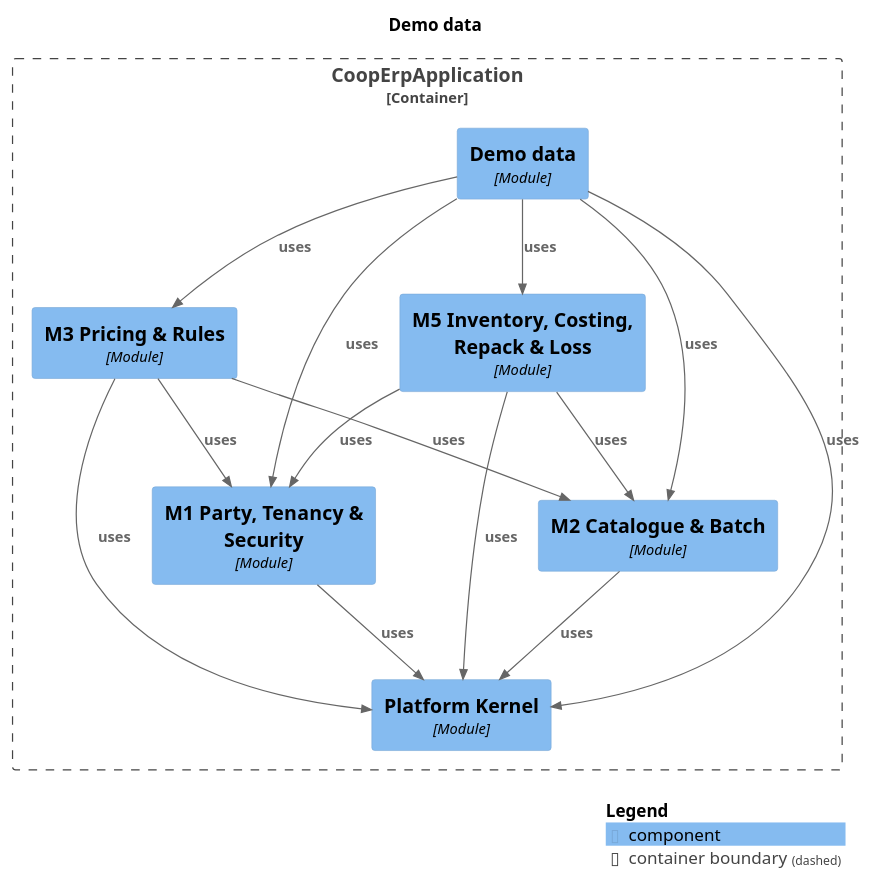
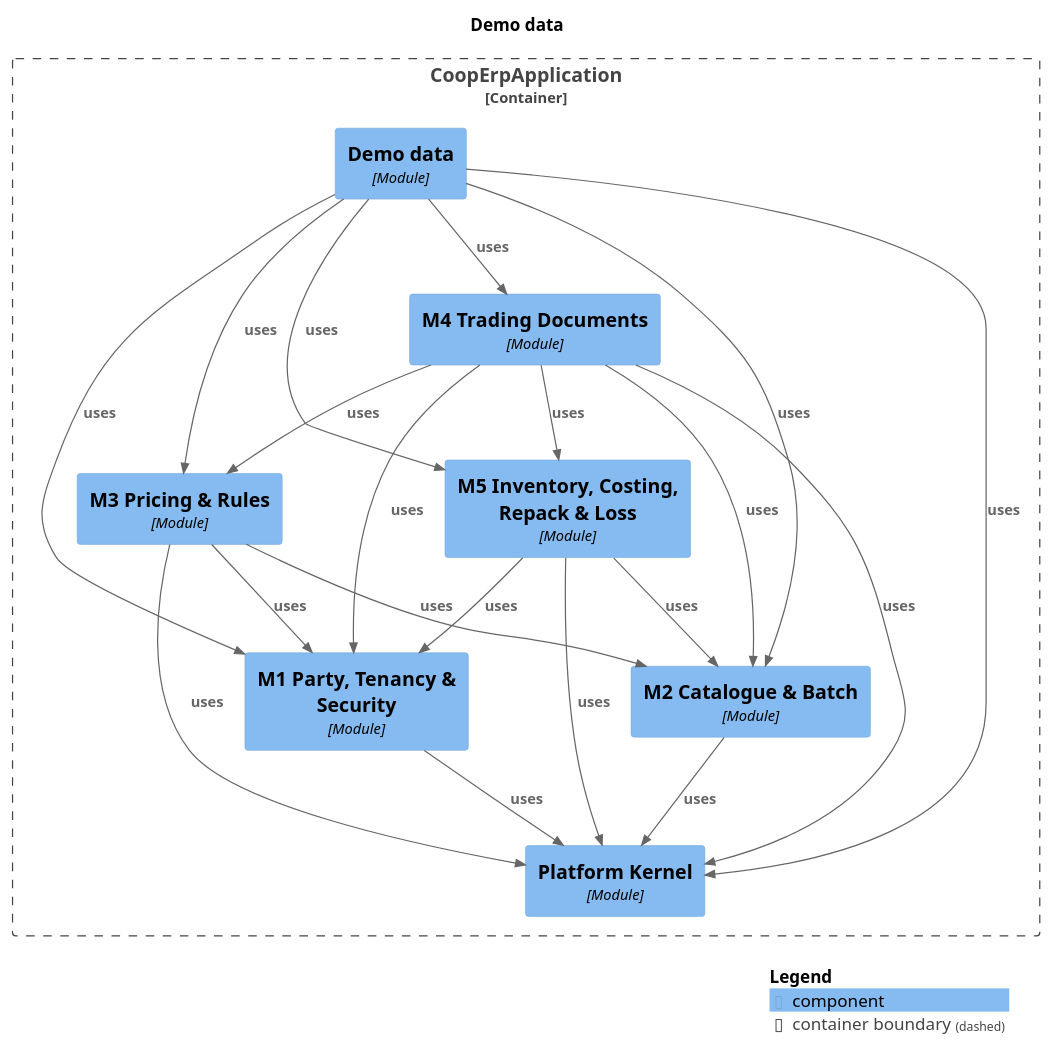
Before and after one commit to Knoweb/COOP_ERP: the diagram in docs/modules/module-demo.puml, drawn with PlantUML. The commit also changed 14 other files, not shown here.

```diff
--- a/docs/modules/module-demo.puml
+++ b/docs/modules/module-demo.puml
@@ -1,35 +1,42 @@
 @startuml
 set separator none
 title Demo data
 
 top to bottom direction
 
 !include <C4/C4>
 !include <C4/C4_Context>
 !include <C4/C4_Component>
 
 Container_Boundary("CoopErpApplication.CoopErpApplication_boundary", "CoopErpApplication", $tags="") {
   Component(CoopErpApplication.CoopErpApplication.M3PricingRules, "M3 Pricing & Rules", $techn="Module", $descr="", $tags="", $link="")
   Component(CoopErpApplication.CoopErpApplication.M5InventoryCostingRepackLoss, "M5 Inventory, Costing, Repack & Loss", $techn="Module", $descr="", $tags="", $link="")
+  Component(CoopErpApplication.CoopErpApplication.M4TradingDocuments, "M4 Trading Documents", $techn="Module", $descr="", $tags="", $link="")
   Component(CoopErpApplication.CoopErpApplication.Demodata, "Demo data", $techn="Module", $descr="", $tags="", $link="")
   Component(CoopErpApplication.CoopErpApplication.PlatformKernel, "Platform Kernel", $techn="Module", $descr="", $tags="", $link="")
   Component(CoopErpApplication.CoopErpApplication.M1PartyTenancySecurity, "M1 Party, Tenancy & Security", $techn="Module", $descr="", $tags="", $link="")
   Component(CoopErpApplication.CoopErpApplication.M2CatalogueBatch, "M2 Catalogue & Batch", $techn="Module", $descr="", $tags="", $link="")
 }
 
 Rel(CoopErpApplication.CoopErpApplication.Demodata, CoopErpApplication.CoopErpApplication.M1PartyTenancySecurity, "uses", $techn="", $tags="", $link="")
 Rel(CoopErpApplication.CoopErpApplication.Demodata, CoopErpApplication.CoopErpApplication.M2CatalogueBatch, "uses", $techn="", $tags="", $link="")
 Rel(CoopErpApplication.CoopErpApplication.Demodata, CoopErpApplication.CoopErpApplication.M3PricingRules, "uses", $techn="", $tags="", $link="")
+Rel(CoopErpApplication.CoopErpApplication.Demodata, CoopErpApplication.CoopErpApplication.M4TradingDocuments, "uses", $techn="", $tags="", $link="")
 Rel(CoopErpApplication.CoopErpApplication.Demodata, CoopErpApplication.CoopErpApplication.M5InventoryCostingRepackLoss, "uses", $techn="", $tags="", $link="")
 Rel(CoopErpApplication.CoopErpApplication.Demodata, CoopErpApplication.CoopErpApplication.PlatformKernel, "uses", $techn="", $tags="", $link="")
 Rel(CoopErpApplication.CoopErpApplication.M1PartyTenancySecurity, CoopErpApplication.CoopErpApplication.PlatformKernel, "uses", $techn="", $tags="", $link="")
 Rel(CoopErpApplication.CoopErpApplication.M2CatalogueBatch, CoopErpApplication.CoopErpApplication.PlatformKernel, "uses", $techn="", $tags="", $link="")
 Rel(CoopErpApplication.CoopErpApplication.M3PricingRules, CoopErpApplication.CoopErpApplication.M1PartyTenancySecurity, "uses", $techn="", $tags="", $link="")
 Rel(CoopErpApplication.CoopErpApplication.M3PricingRules, CoopErpApplication.CoopErpApplication.M2CatalogueBatch, "uses", $techn="", $tags="", $link="")
 Rel(CoopErpApplication.CoopErpApplication.M3PricingRules, CoopErpApplication.CoopErpApplication.PlatformKernel, "uses", $techn="", $tags="", $link="")
+Rel(CoopErpApplication.CoopErpApplication.M4TradingDocuments, CoopErpApplication.CoopErpApplication.M1PartyTenancySecurity, "uses", $techn="", $tags="", $link="")
+Rel(CoopErpApplication.CoopErpApplication.M4TradingDocuments, CoopErpApplication.CoopErpApplication.M2CatalogueBatch, "uses", $techn="", $tags="", $link="")
+Rel(CoopErpApplication.CoopErpApplication.M4TradingDocuments, CoopErpApplication.CoopErpApplication.M3PricingRules, "uses", $techn="", $tags="", $link="")
+Rel(CoopErpApplication.CoopErpApplication.M4TradingDocuments, CoopErpApplication.CoopErpApplication.M5InventoryCostingRepackLoss, "uses", $techn="", $tags="", $link="")
+Rel(CoopErpApplication.CoopErpApplication.M4TradingDocuments, CoopErpApplication.CoopErpApplication.PlatformKernel, "uses", $techn="", $tags="", $link="")
 Rel(CoopErpApplication.CoopErpApplication.M5InventoryCostingRepackLoss, CoopErpApplication.CoopErpApplication.M1PartyTenancySecurity, "uses", $techn="", $tags="", $link="")
 Rel(CoopErpApplication.CoopErpApplication.M5InventoryCostingRepackLoss, CoopErpApplication.CoopErpApplication.M2CatalogueBatch, "uses", $techn="", $tags="", $link="")
 Rel(CoopErpApplication.CoopErpApplication.M5InventoryCostingRepackLoss, CoopErpApplication.CoopErpApplication.PlatformKernel, "uses", $techn="", $tags="", $link="")
 
 SHOW_LEGEND(true)
 @enduml
```
